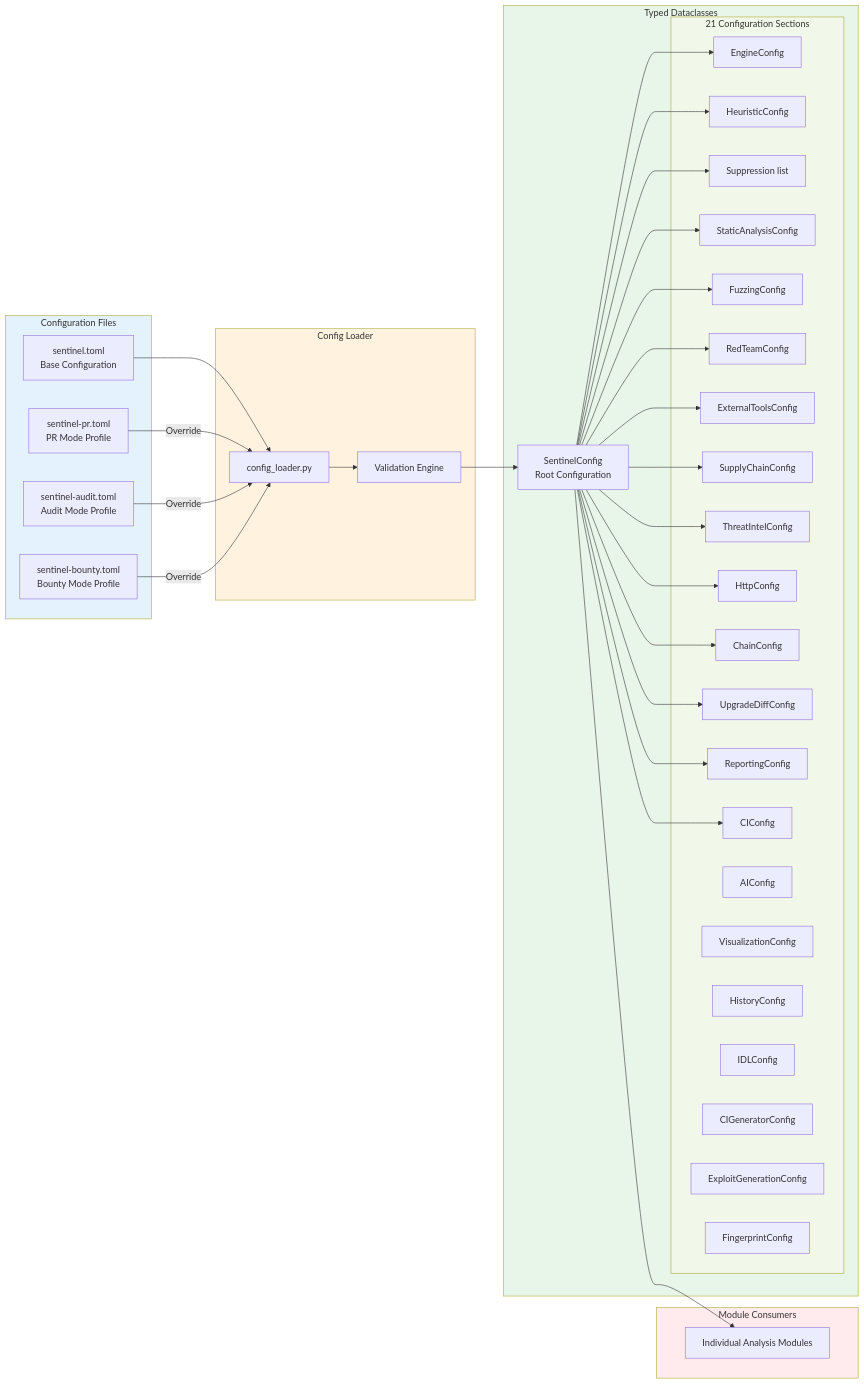
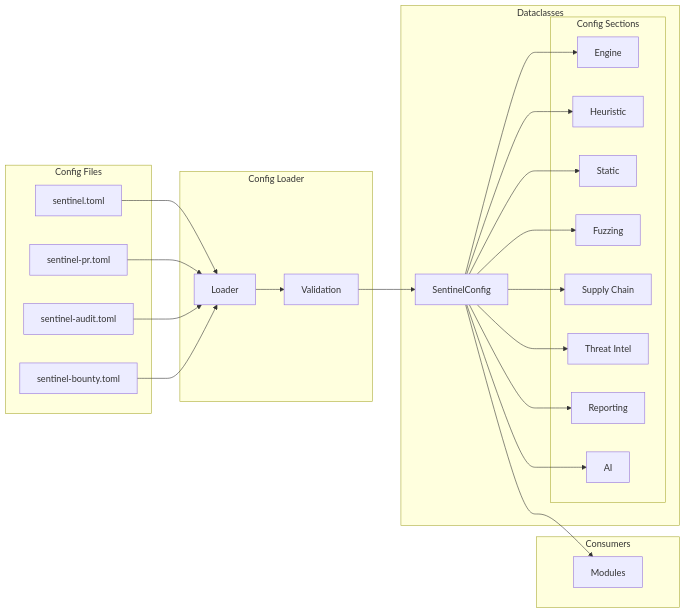
The fifth of 13 diagrams in ARCHITECTURE.md (RunTimeAdmin/counterscarp), drawn with Mermaid before and after one commit. The commit also changed other lines of this file and 3 other files, not shown here.

````diff
--- a/ARCHITECTURE.md
+++ b/ARCHITECTURE.md
@@ -510,77 +454,52 @@
 ```mermaid
 flowchart LR
-    subgraph ConfigFiles["Configuration Files"]
-        BASE["sentinel.toml<br/>Base Configuration"]
-        PR["sentinel-pr.toml<br/>PR Mode Profile"]
-        AUDIT["sentinel-audit.toml<br/>Audit Mode Profile"]
-        BOUNTY["sentinel-bounty.toml<br/>Bounty Mode Profile"]
+    subgraph ConfigFiles["Config Files"]
+        BASE["sentinel.toml"]
+        PR["sentinel-pr.toml"]
+        AUDIT["sentinel-audit.toml"]
+        BOUNTY["sentinel-bounty.toml"]
     end
 
     subgraph Loader["Config Loader"]
-        LOADER["config_loader.py"]
-        VALIDATE["Validation Engine"]
+        LOADER["Loader"]
+        VALIDATE["Validation"]
     end
 
-    subgraph DataClasses["Typed Dataclasses"]
-        ROOT["SentinelConfig<br/>Root Configuration"]
+    subgraph DataClasses["Dataclasses"]
+        ROOT["SentinelConfig"]
 
-        subgraph Sections["21 Configuration Sections"]
-            ENGINE["EngineConfig"]
-            HEUR["HeuristicConfig"]
-            SUPP["Suppression list"]
-            STATIC["StaticAnalysisConfig"]
-            FUZZ["FuzzingConfig"]
-            RED["RedTeamConfig"]
-            EXT["ExternalToolsConfig"]
-            SC["SupplyChainConfig"]
-            TI["ThreatIntelConfig"]
-            HTTP["HttpConfig"]
-            CHAIN["ChainConfig"]
-            UPGRADE["UpgradeDiffConfig"]
-            REP["ReportingConfig"]
-            CI["CIConfig"]
-            AI["AIConfig"]
-            VIZ["VisualizationConfig"]
-            HIST["HistoryConfig"]
-            IDL["IDLConfig"]
-            CIGEN["CIGeneratorConfig"]
-            EXP["ExploitGenerationConfig"]
-            FP["FingerprintConfig"]
+        subgraph Sections["Config Sections"]
+            ENGINE["Engine"]
+            HEUR["Heuristic"]
+            STATIC["Static"]
+            FUZZ["Fuzzing"]
+            SC["Supply Chain"]
+            TI["Threat Intel"]
+            REP["Reporting"]
+            AI["AI"]
         end
     end
 
-    subgraph Consumers["Module Consumers"]
-        MODULES["Individual Analysis Modules"]
+    subgraph Consumers["Consumers"]
+        MODULES["Modules"]
     end
 
     BASE --> LOADER
-    PR -->|"Override"| LOADER
-    AUDIT -->|"Override"| LOADER
-    BOUNTY -->|"Override"| LOADER
+    PR --> LOADER
+    AUDIT --> LOADER
+    BOUNTY --> LOADER
 
     LOADER --> VALIDATE
     VALIDATE --> ROOT
 
     ROOT --> ENGINE
     ROOT --> HEUR
-    ROOT --> SUPP
     ROOT --> STATIC
     ROOT --> FUZZ
-    ROOT --> RED
-    ROOT --> EXT
     ROOT --> SC
     ROOT --> TI
-    ROOT --> HTTP
-    ROOT --> CHAIN
-    ROOT --> UPGRADE
     ROOT --> REP
-    ROOT --> CI
+    ROOT --> AI
 
     ROOT --> MODULES
-
-    style ConfigFiles fill:#e3f2fd
-    style Loader fill:#fff3e0
-    style DataClasses fill:#e8f5e9
-    style Sections fill:#f1f8e9
-    style Consumers fill:#ffebee
 ```
````
